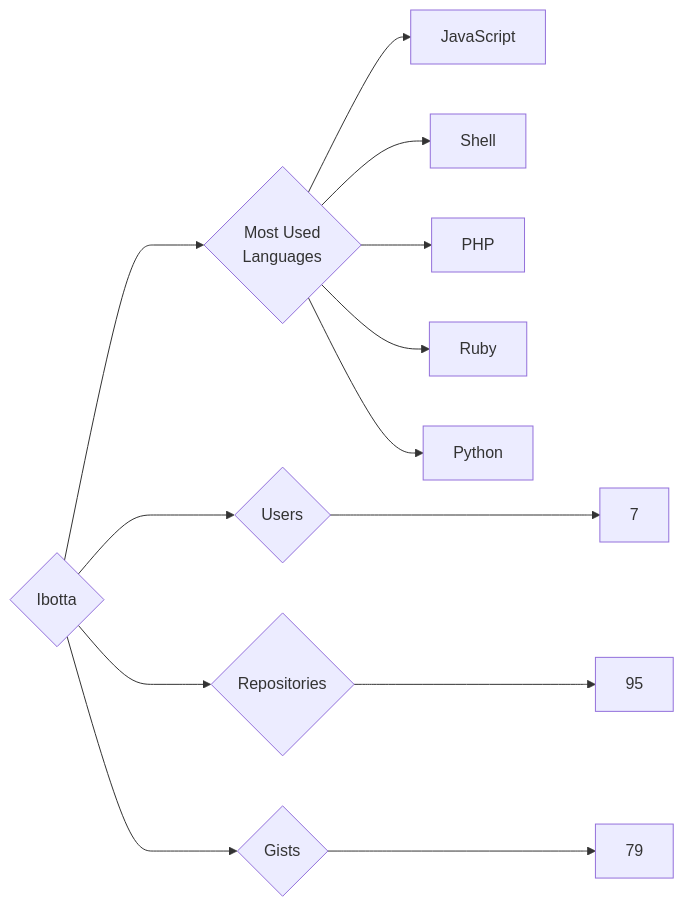
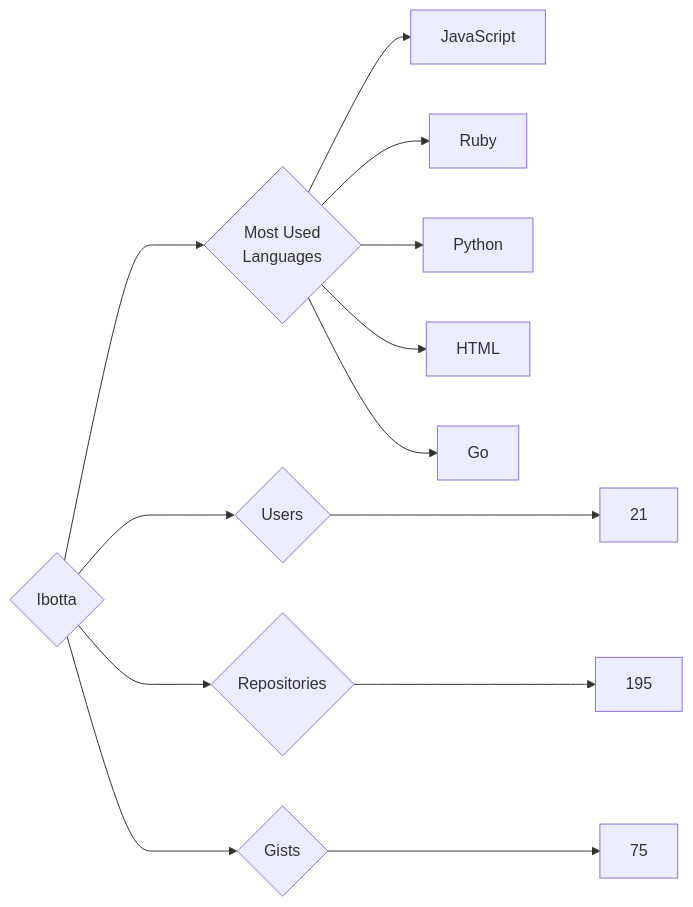
One commit to trickest/insiders changed the diagram in targets/Ibotta/README.md. Above: the diagram before and after it, drawn with Mermaid. The commit also changed 924 other files, not shown here.

````diff
--- a/targets/Ibotta/README.md
+++ b/targets/Ibotta/README.md
@@ -3,13 +3,13 @@
 ```mermaid
 graph LR
 COMPANY_NAME{Ibotta}
-COMPANY_NAME ---> U{Users} ---> UN[7]
-COMPANY_NAME ---> R{Repositories} ---> RN[95]
-COMPANY_NAME ---> G{Gists} ---> GN[79]
+COMPANY_NAME ---> U{Users} ---> UN[21]
+COMPANY_NAME ---> R{Repositories} ---> RN[195]
+COMPANY_NAME ---> G{Gists} ---> GN[75]
 COMPANY_NAME ---> ML{Most Used<br>Languages}
 ML --> JavaScript[JavaScript]
-ML --> Shell[Shell]
-ML --> PHP[PHP]
 ML --> Ruby[Ruby]
 ML --> Python[Python]
+ML --> HTML[HTML]
+ML --> Go[Go]
 ```
````
